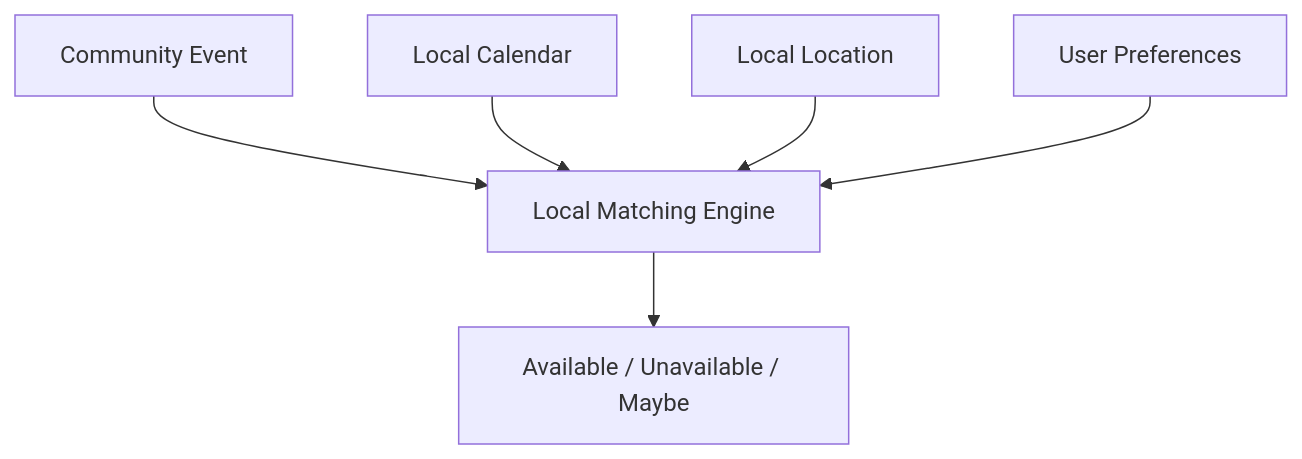
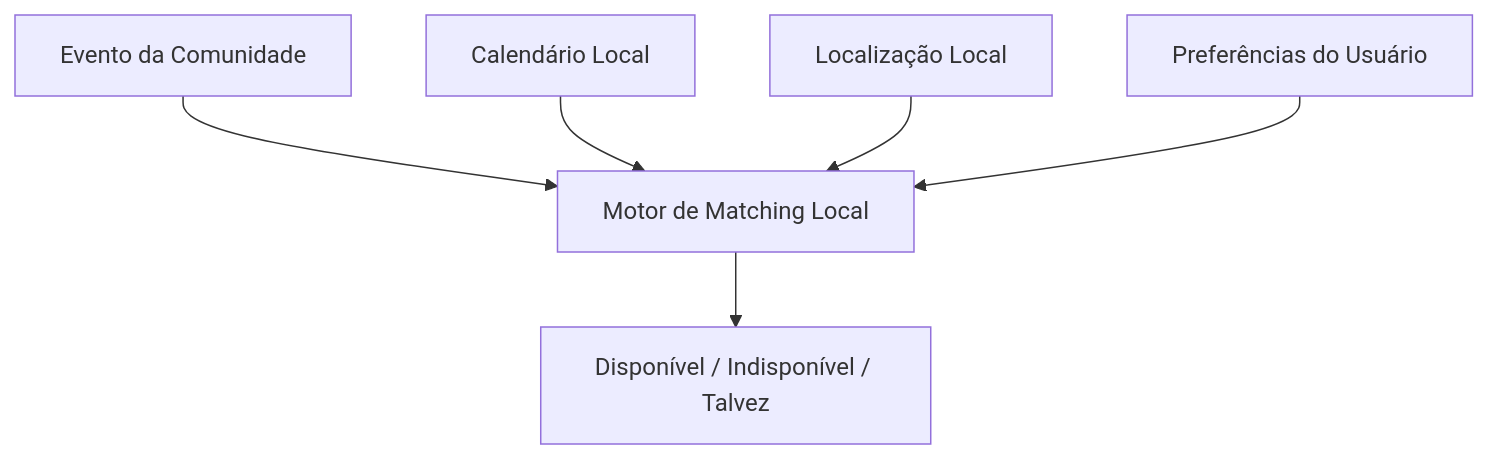
The first of 21 diagrams in docs/architecture.md (hugobessa/vamo-virar), drawn with Mermaid before and after one commit. The commit also changed other lines of this file and 30 other files, not shown here.

````diff
--- a/docs/architecture.md
+++ b/docs/architecture.md
@@ -82,8 +82,8 @@
 ```mermaid
 flowchart TD
-    A[Community Event] --> M[Local Matching Engine]
-    B[Local Calendar] --> M
-    C[Local Location] --> M
-    D[User Preferences] --> M
-    M --> E[Available / Unavailable / Maybe]
+    A[Evento da Comunidade] --> M[Motor de Matching Local]
+    B[Calendário Local] --> M
+    C[Localização Local] --> M
+    D[Preferências do Usuário] --> M
+    M --> E[Disponível / Indisponível / Talvez]
 ```
````
